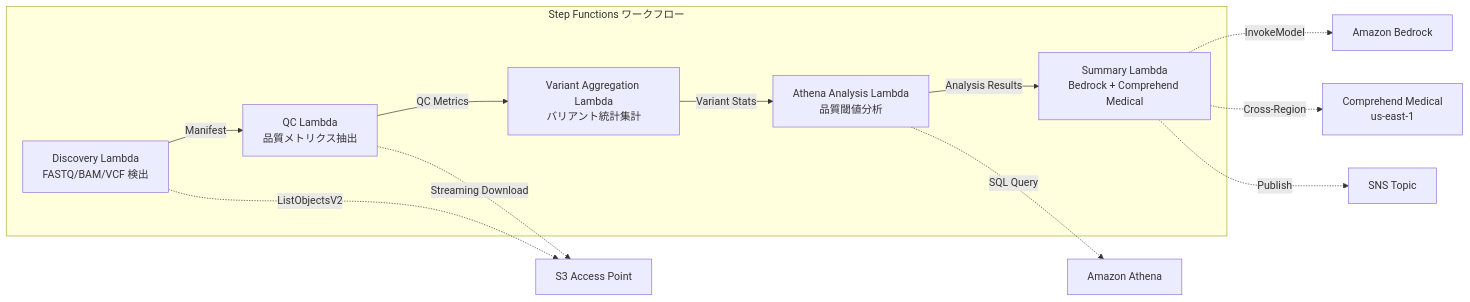
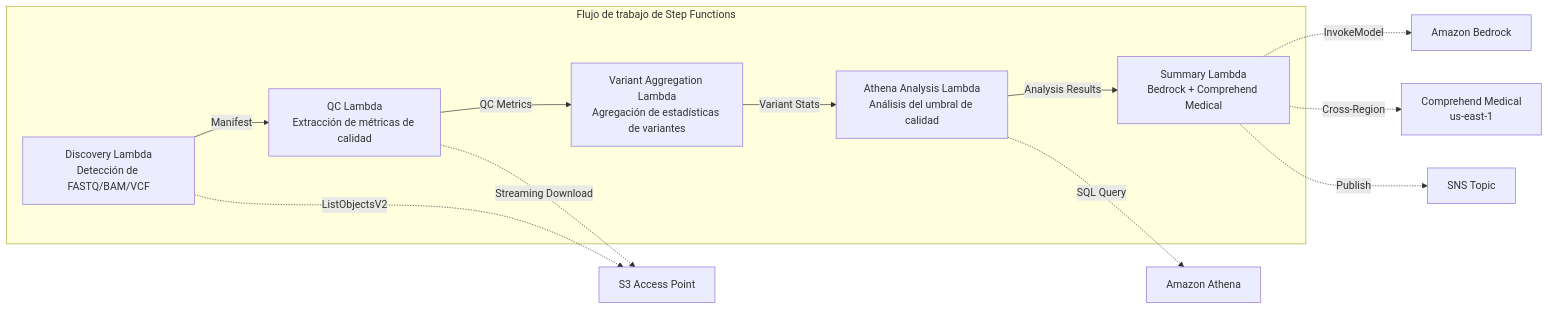
One commit to Yoshiki0705/FSx-for-ONTAP-S3AccessPoints-Serverless-Patterns changed the diagram in solutions/industry/genomics-pipeline/README.es.md. Above: the diagram before and after it, drawn with Mermaid. The commit also changed other lines of this file and 20 other files, not shown here.

````diff
--- a/solutions/industry/genomics-pipeline/README.es.md
+++ b/solutions/industry/genomics-pipeline/README.es.md
@@ -27,22 +57,22 @@
 ```mermaid
 graph LR
-    subgraph "Step Functions ワークフロー"
-        D[Discovery Lambda<br/>FASTQ/BAM/VCF 検出]
-        QC[QC Lambda<br/>品質メトリクス抽出]
-        VA[Variant Aggregation Lambda<br/>バリアント統計集計]
-        ATH[Athena Analysis Lambda<br/>品質閾値分析]
+    subgraph "Flujo de trabajo de Step Functions"
+        D[Discovery Lambda<br/>Detección de FASTQ/BAM/VCF]
+        QC[QC Lambda<br/>Extracción de métricas de calidad]
+        VA[Variant Aggregation Lambda<br/>Agregación de estadísticas de variantes]
+        ATH[Athena Analysis Lambda<br/>Análisis del umbral de calidad]
         SUM[Summary Lambda<br/>Bedrock + Comprehend Medical]
     end
 
     D -->|Manifest| QC
     QC -->|QC Metrics| VA
     VA -->|Variant Stats| ATH
     ATH -->|Analysis Results| SUM
 
     D -.->|ListObjectsV2| S3AP[S3 Access Point]
     QC -.->|Streaming Download| S3AP
     ATH -.->|SQL Query| Athena[Amazon Athena]
     SUM -.->|InvokeModel| Bedrock[Amazon Bedrock]
     SUM -.->|Cross-Region| CM[Comprehend Medical<br/>us-east-1]
     SUM -.->|Publish| SNS[SNS Topic]
 ```
````
